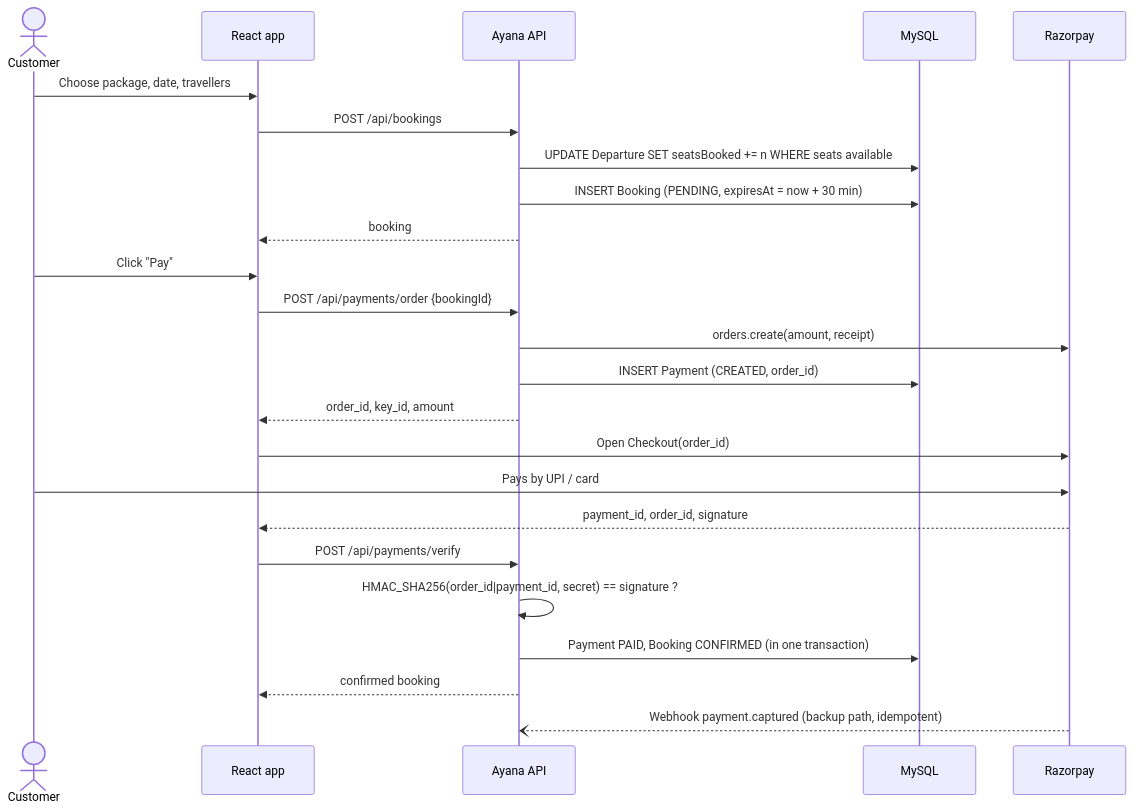
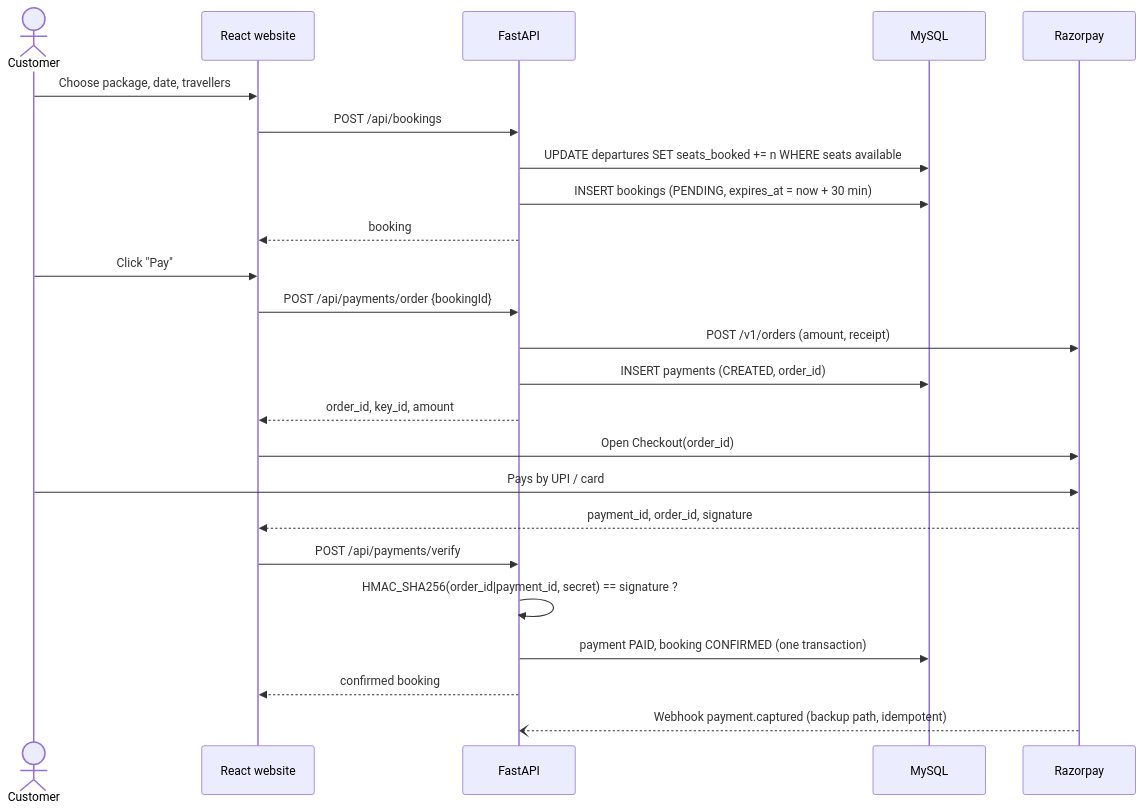
Before and after one commit to saurav1231/saurav1231: the second of 3 diagrams in docs/02-architecture.md, drawn with Mermaid. The commit also changed other lines of this file and 17 other files, not shown here.

First line of the commit message:
Update all guides for the Python API and add the Ayana Insights guide

````diff
--- a/docs/02-architecture.md
+++ b/docs/02-architecture.md
@@ -58,27 +64,27 @@
 ```mermaid
 sequenceDiagram
   actor C as Customer
-  participant W as React app
-  participant A as Ayana API
+  participant W as React website
+  participant A as FastAPI
   participant D as MySQL
   participant R as Razorpay
 
   C->>W: Choose package, date, travellers
   W->>A: POST /api/bookings
-  A->>D: UPDATE Departure SET seatsBooked += n WHERE seats available
-  A->>D: INSERT Booking (PENDING, expiresAt = now + 30 min)
+  A->>D: UPDATE departures SET seats_booked += n WHERE seats available
+  A->>D: INSERT bookings (PENDING, expires_at = now + 30 min)
   A-->>W: booking
   C->>W: Click "Pay"
   W->>A: POST /api/payments/order {bookingId}
-  A->>R: orders.create(amount, receipt)
-  A->>D: INSERT Payment (CREATED, order_id)
+  A->>R: POST /v1/orders (amount, receipt)
+  A->>D: INSERT payments (CREATED, order_id)
   A-->>W: order_id, key_id, amount
   W->>R: Open Checkout(order_id)
   C->>R: Pays by UPI / card
   R-->>W: payment_id, order_id, signature
   W->>A: POST /api/payments/verify
   A->>A: HMAC_SHA256(order_id|payment_id, secret) == signature ?
-  A->>D: Payment PAID, Booking CONFIRMED (in one transaction)
+  A->>D: payment PAID, booking CONFIRMED (one transaction)
   A-->>W: confirmed booking
   R--)A: Webhook payment.captured (backup path, idempotent)
 ```
````
